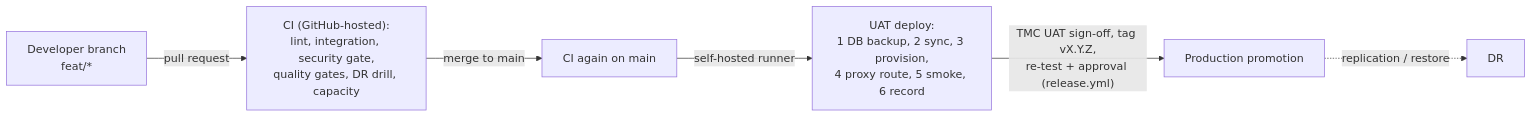
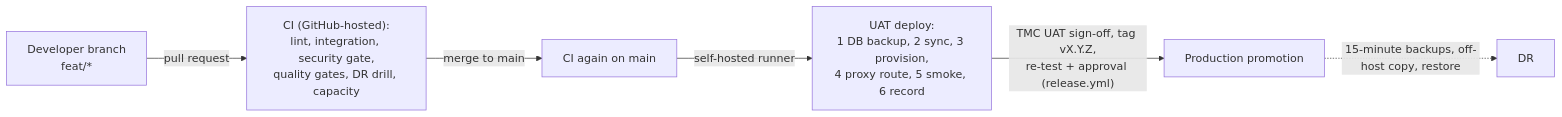
One commit to aryanpatel-ctrl/tmc-website changed the sixth of 6 diagrams in docs/architecture/system-architecture.md. Above: the diagram before and after it, drawn with Mermaid. The commit also changed other lines of this file and 55 other files, not shown here.

````diff
--- a/docs/architecture/system-architecture.md
+++ b/docs/architecture/system-architecture.md
@@ -234,8 +239,8 @@
 ```mermaid
 flowchart LR
     dev["Developer branch<br/>feat/*"] -- "pull request" --> ci["CI (GitHub-hosted):<br/>lint, integration, security gate,<br/>quality gates, DR drill, capacity"]
     ci -- "merge to main" --> ci2["CI again on main"]
     ci2 -- "self-hosted runner" --> uat["UAT deploy:<br/>1 DB backup, 2 sync, 3 provision,<br/>4 proxy route, 5 smoke, 6 record"]
     uat -- "TMC UAT sign-off, tag vX.Y.Z,<br/>re-test + approval (release.yml)" --> prod["Production promotion"]
-    prod -. "replication / restore" .-> dr["DR"]
+    prod -. "15-minute backups, off-host copy, restore" .-> dr["DR"]
 ```
````
